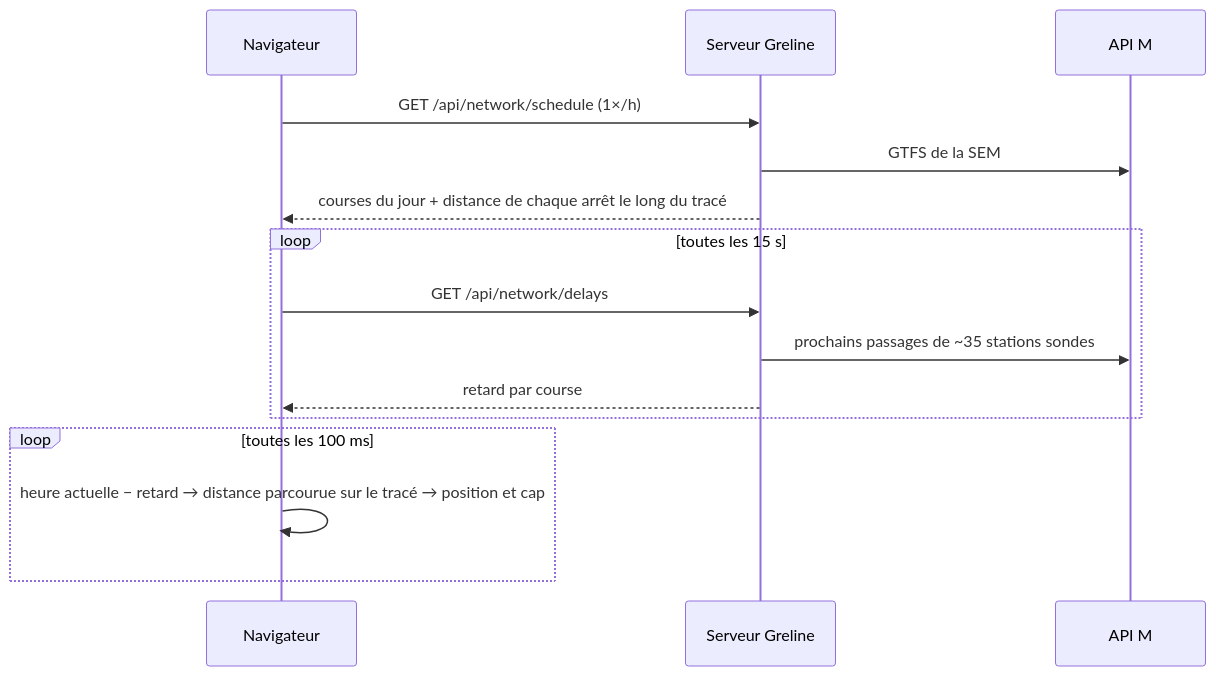
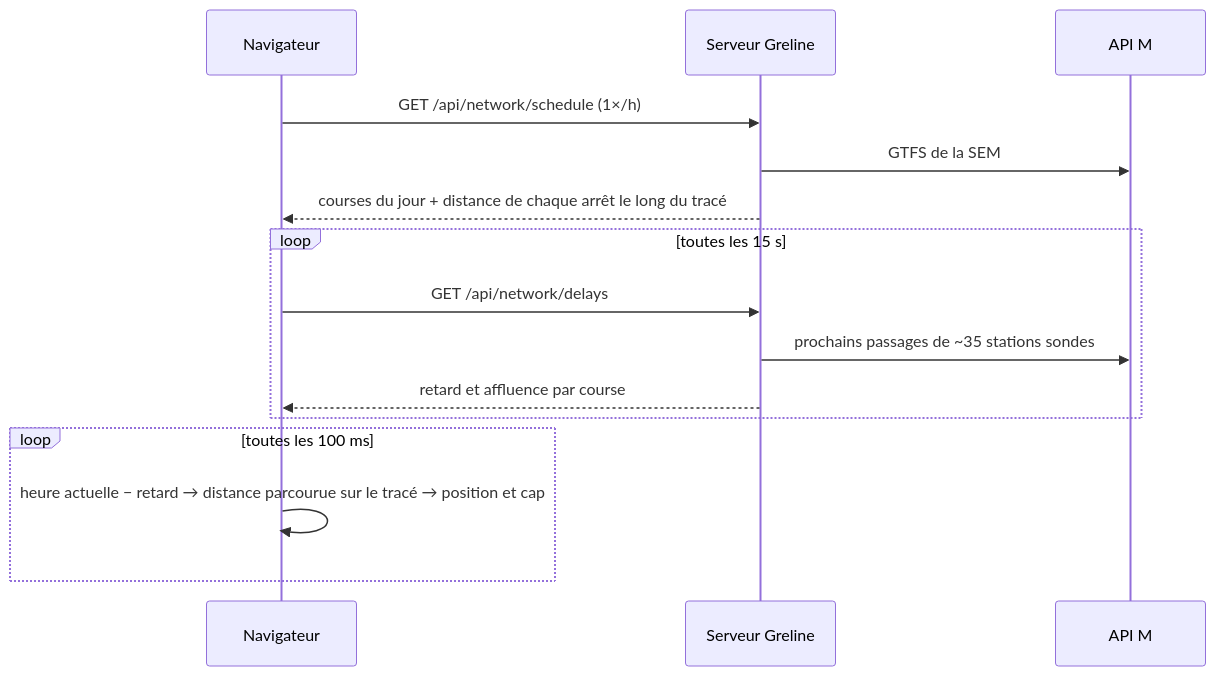
The second of 3 diagrams in README.md (Feareis/greline), drawn with Mermaid before and after one commit. The commit also changed other lines of this file, not shown here.

````diff
--- a/README.md
+++ b/README.md
@@ -97,18 +99,18 @@
 ```mermaid
 sequenceDiagram
     participant C as Navigateur
     participant S as Serveur Greline
     participant M as API M
 
     C->>S: GET /api/network/schedule (1×/h)
     S->>M: GTFS de la SEM
     S-->>C: courses du jour + distance de chaque arrêt le long du tracé
     loop toutes les 15 s
         C->>S: GET /api/network/delays
         S->>M: prochains passages de ~35 stations sondes
-        S-->>C: retard par course
+        S-->>C: retard et affluence par course
     end
     loop toutes les 100 ms
         C->>C: heure actuelle − retard → distance parcourue sur le tracé → position et cap
     end
 ```
````
